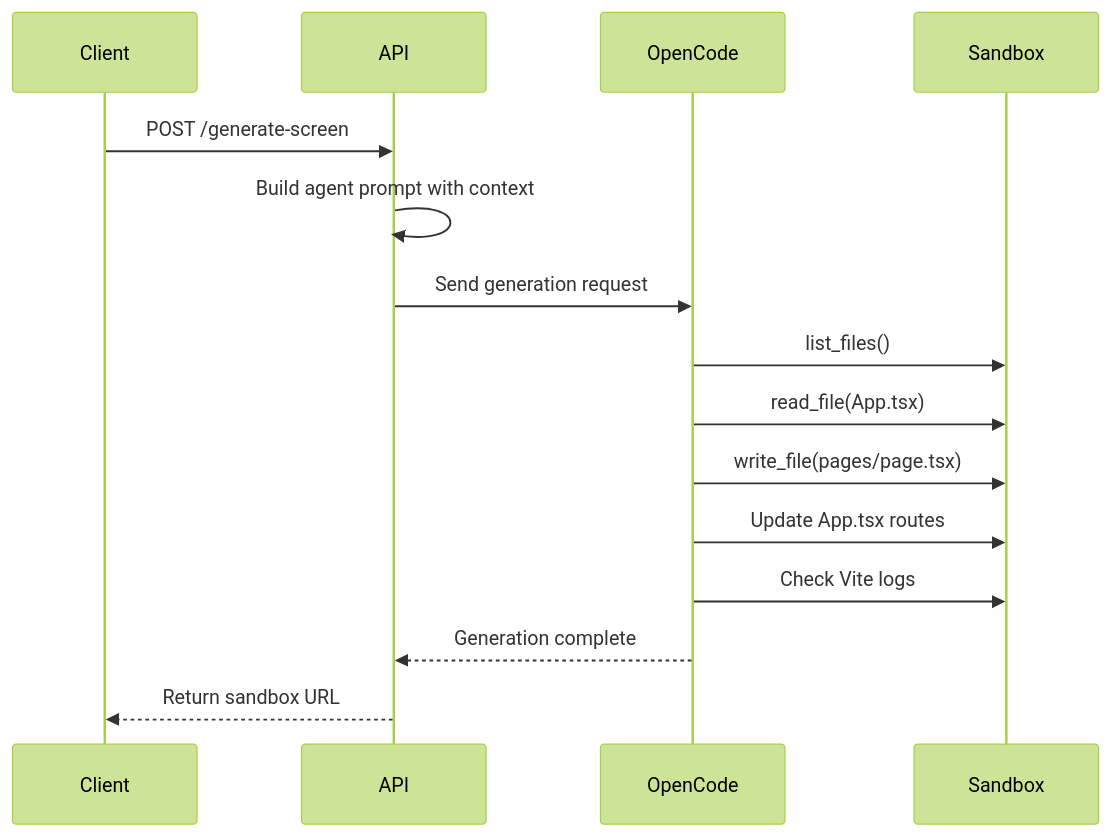
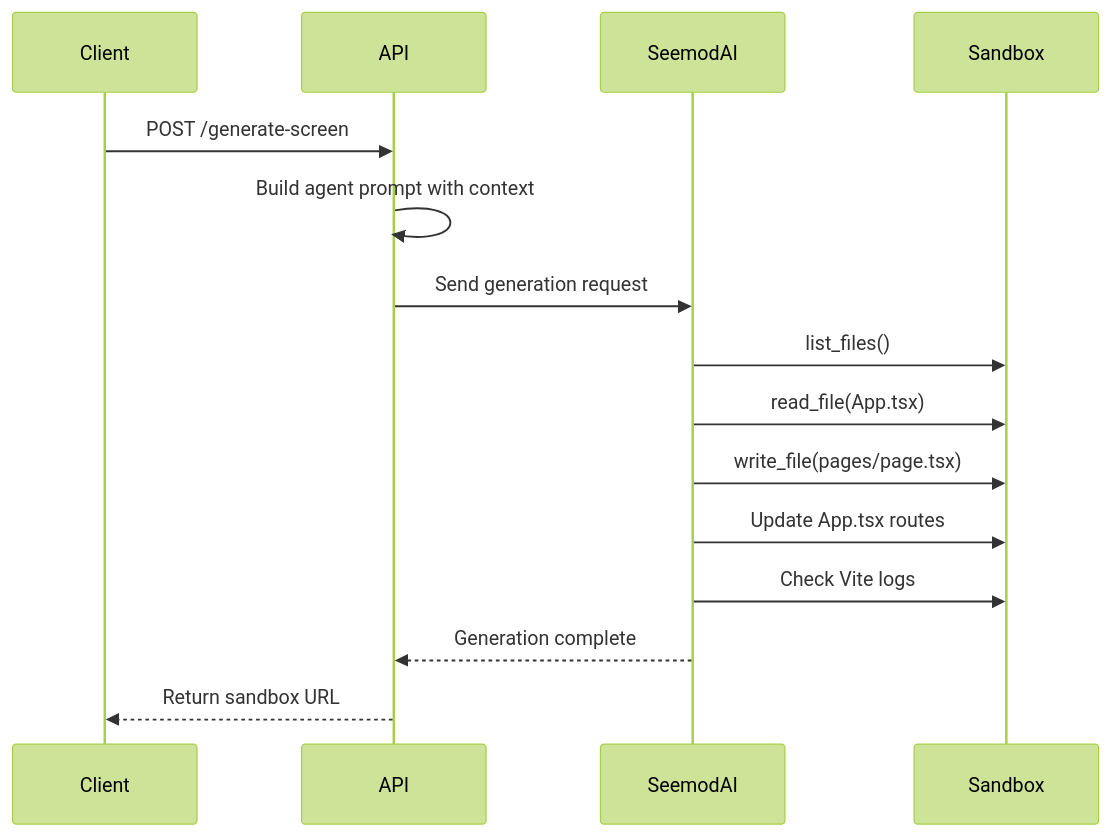
One commit to Seemodo/docs changed the diagram in api-reference/endpoint/generate-screen.mdx. Above: the diagram before and after it, drawn with Mermaid (forest theme). The commit also changed other lines of this file and 23 other files, not shown here.

Commit message:
Update documentation to replace all instances of "OpenCode" with "Seemodo AI" across multiple files, including AGENTS.md, README.md, and various API reference documents, ensuring consistency with the new branding.

````diff
--- a/api-reference/endpoint/generate-screen.mdx
+++ b/api-reference/endpoint/generate-screen.mdx
@@ -129,18 +129,18 @@
 ```mermaid
 sequenceDiagram
     participant Client
     participant API
-    participant OpenCode
+    participant SeemodAI
     participant Sandbox
 
     Client->>API: POST /generate-screen
     API->>API: Build agent prompt with context
-    API->>OpenCode: Send generation request
-    OpenCode->>Sandbox: list_files()
-    OpenCode->>Sandbox: read_file(App.tsx)
-    OpenCode->>Sandbox: write_file(pages/page.tsx)
-    OpenCode->>Sandbox: Update App.tsx routes
-    OpenCode->>Sandbox: Check Vite logs
-    OpenCode-->>API: Generation complete
+    API->>SeemodAI: Send generation request
+    SeemodAI->>Sandbox: list_files()
+    SeemodAI->>Sandbox: read_file(App.tsx)
+    SeemodAI->>Sandbox: write_file(pages/page.tsx)
+    SeemodAI->>Sandbox: Update App.tsx routes
+    SeemodAI->>Sandbox: Check Vite logs
+    SeemodAI-->>API: Generation complete
     API-->>Client: Return sandbox URL
 ```
````
